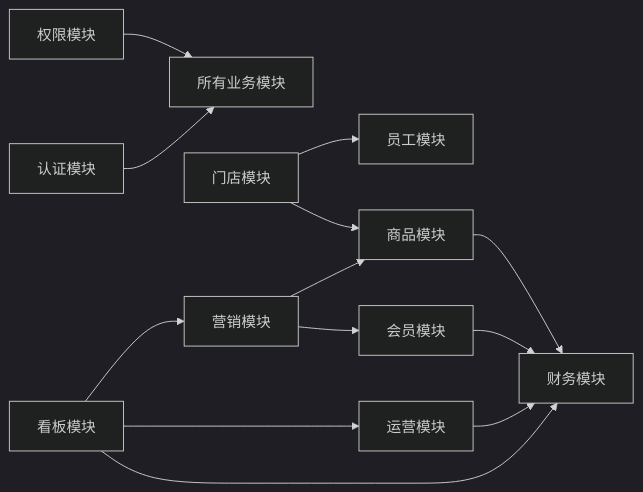
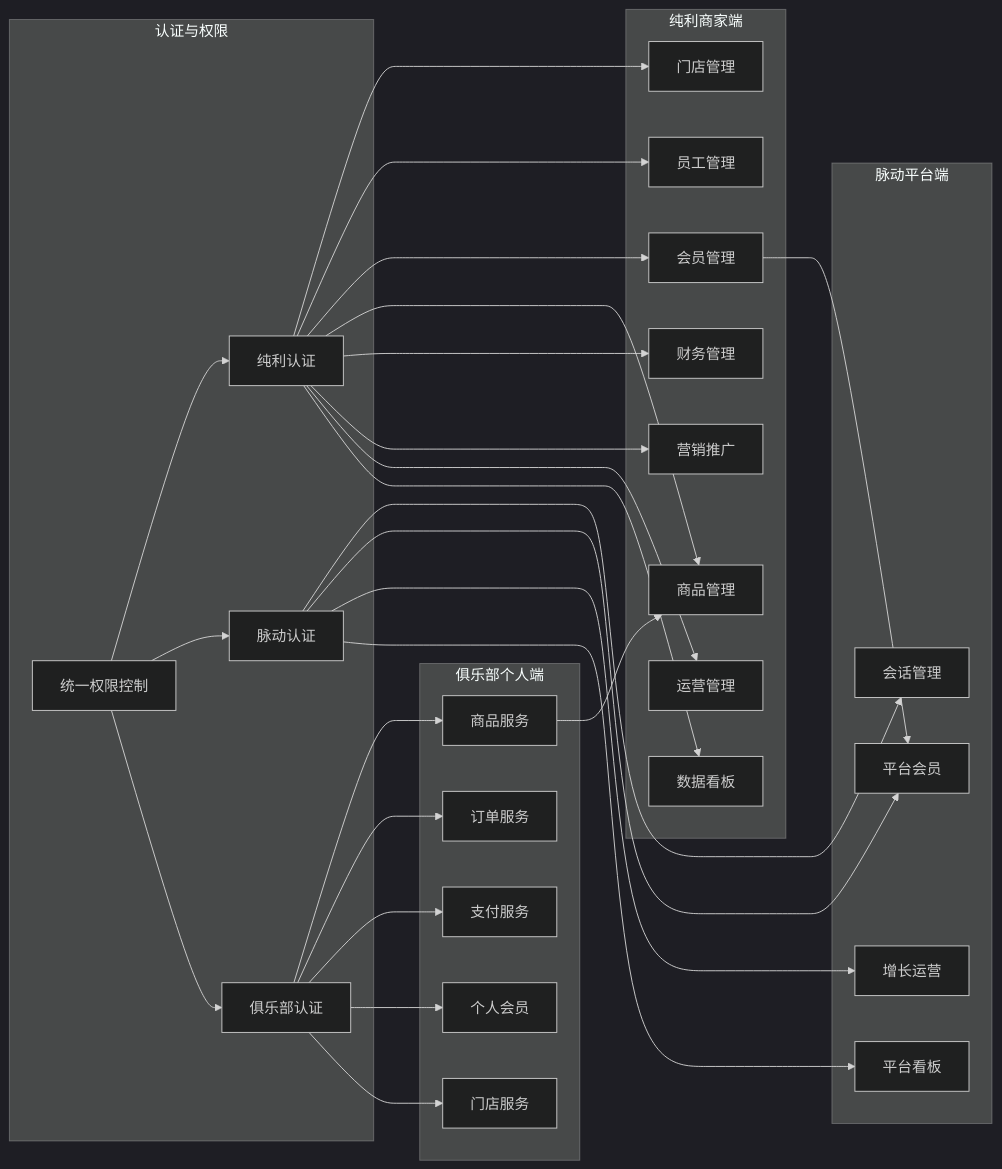
One commit to rc558620/purelyprofit-server changed diagram 14 of 14 in .qoder/repowiki/zh/content/业务模块/业务模块.md. Above: the diagram before and after it, drawn with Mermaid (dark theme). The commit also changed other lines of this file and 26 other files, not shown here.

````diff
--- a/.qoder/repowiki/zh/content/业务模块/业务模块.md
+++ b/.qoder/repowiki/zh/content/业务模块/业务模块.md
@@ -817,15 +871,54 @@
 ```mermaid
 graph LR
-Auth["认证模块"] --> All["所有业务模块"]
-AccessControl["权限模块"] --> All
-Stores["门店模块"] --> Goods["商品模块"]
-Stores --> Staff["员工模块"]
-Member["会员模块"] --> Finance["财务模块"]
-Goods --> Finance
-Ops["运营模块"] --> Finance
-Marketing["营销模块"] --> Member
-Marketing --> Goods
-Dashboard["看板模块"] --> Finance
-Dashboard --> Ops
-Dashboard --> Marketing
+subgraph "认证与权限"
+ProfitAuth["纯利认证"]
+PulseAuth["脉动认证"]
+ClubAuth["俱乐部认证"]
+AccessControl["统一权限控制"]
+end
+subgraph "纯利商家端"
+ProfitStores["门店管理"]
+ProfitStaff["员工管理"]
+ProfitMember["会员管理"]
+ProfitGoods["商品管理"]
+ProfitFinance["财务管理"]
+ProfitMarketing["营销推广"]
+ProfitOperations["运营管理"]
+ProfitDashboard["数据看板"]
+end
+subgraph "脉动平台端"
+PulseSession["会话管理"]
+PulseMembership["平台会员"]
+PulseGrowth["增长运营"]
+PulseDashboard["平台看板"]
+end
+subgraph "俱乐部个人端"
+ClubProducts["商品服务"]
+ClubOrders["订单服务"]
+ClubPayments["支付服务"]
+ClubMember["个人会员"]
+ClubStores["门店服务"]
+end
+ProfitAuth --> ProfitStores
+ProfitAuth --> ProfitStaff
+ProfitAuth --> ProfitMember
+ProfitAuth --> ProfitGoods
+ProfitAuth --> ProfitFinance
+ProfitAuth --> ProfitMarketing
+ProfitAuth --> ProfitOperations
+ProfitAuth --> ProfitDashboard
+PulseAuth --> PulseSession
+PulseAuth --> PulseMembership
+PulseAuth --> PulseGrowth
+PulseAuth --> PulseDashboard
+ClubAuth --> ClubProducts
+ClubAuth --> ClubOrders
+ClubAuth --> ClubPayments
+ClubAuth --> ClubMember
+ClubAuth --> ClubStores
+AccessControl --> ProfitAuth
+AccessControl --> PulseAuth
+AccessControl --> ClubAuth
+ProfitMember --> PulseMembership
+ClubProducts --> ProfitGoods
 ```
````
